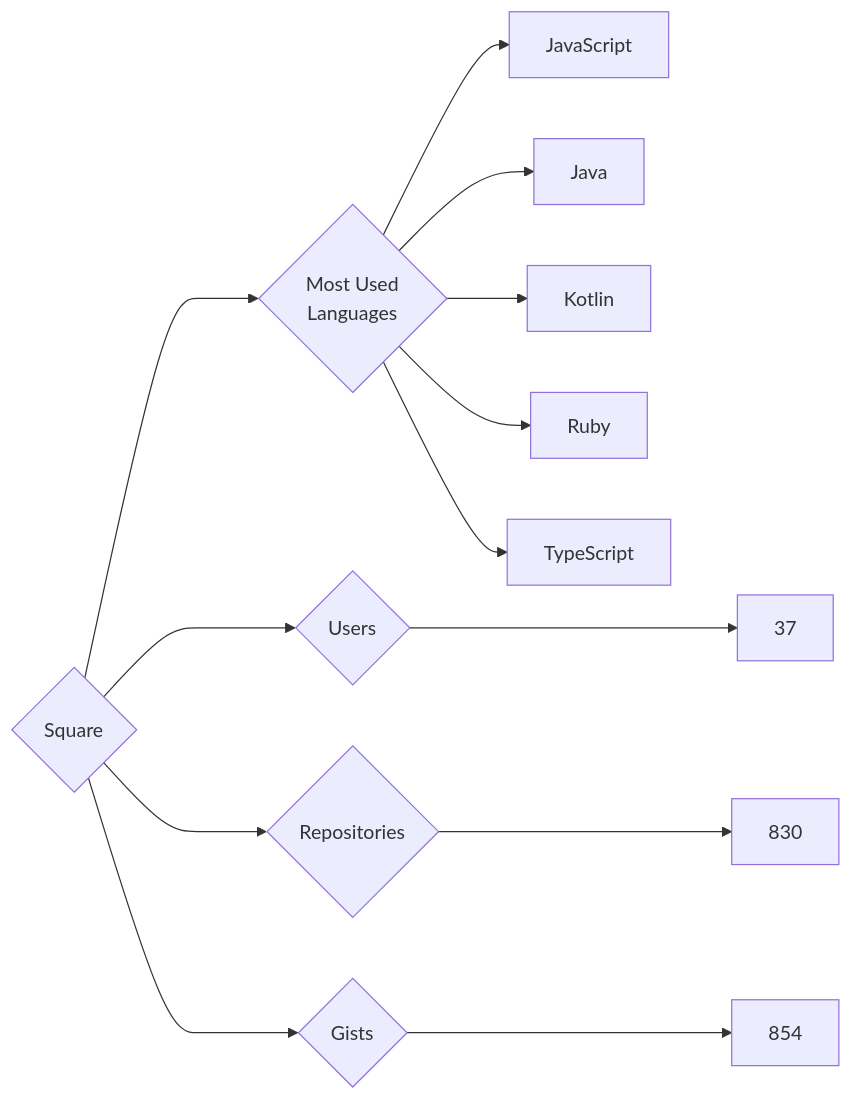
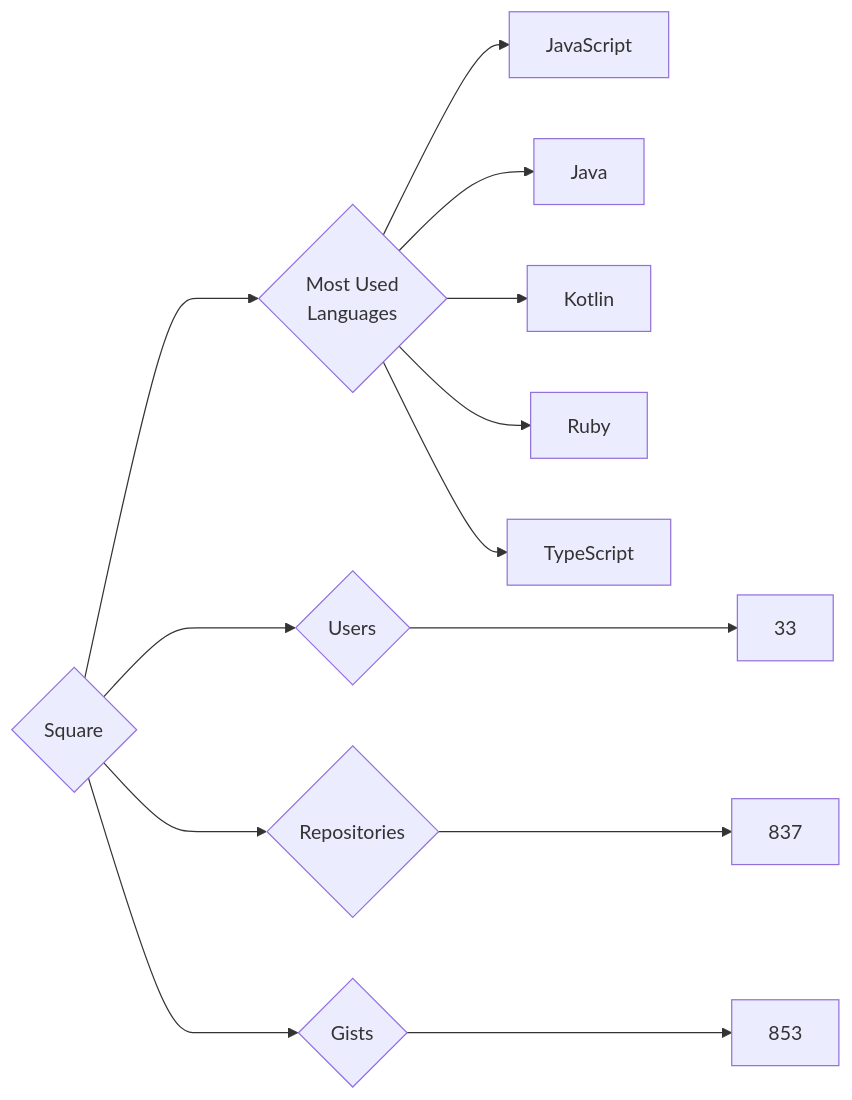
The diagram in targets/Square/README.md (trickest/insiders), drawn with Mermaid before and after one commit. The commit also changed 1508 other files, not shown here.

````diff
--- a/targets/Square/README.md
+++ b/targets/Square/README.md
@@ -3,13 +3,13 @@
 ```mermaid
 graph LR
 COMPANY_NAME{Square}
-COMPANY_NAME ---> U{Users} ---> UN[37]
-COMPANY_NAME ---> R{Repositories} ---> RN[830]
-COMPANY_NAME ---> G{Gists} ---> GN[854]
+COMPANY_NAME ---> U{Users} ---> UN[33]
+COMPANY_NAME ---> R{Repositories} ---> RN[837]
+COMPANY_NAME ---> G{Gists} ---> GN[853]
 COMPANY_NAME ---> ML{Most Used<br>Languages}
 ML --> JavaScript[JavaScript]
 ML --> Java[Java]
 ML --> Kotlin[Kotlin]
 ML --> Ruby[Ruby]
 ML --> TypeScript[TypeScript]
 ```
````
